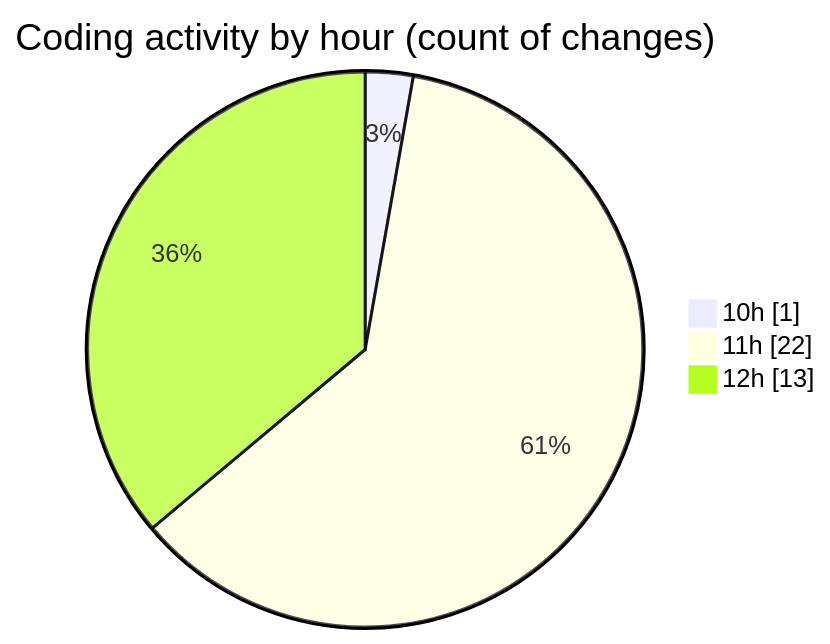
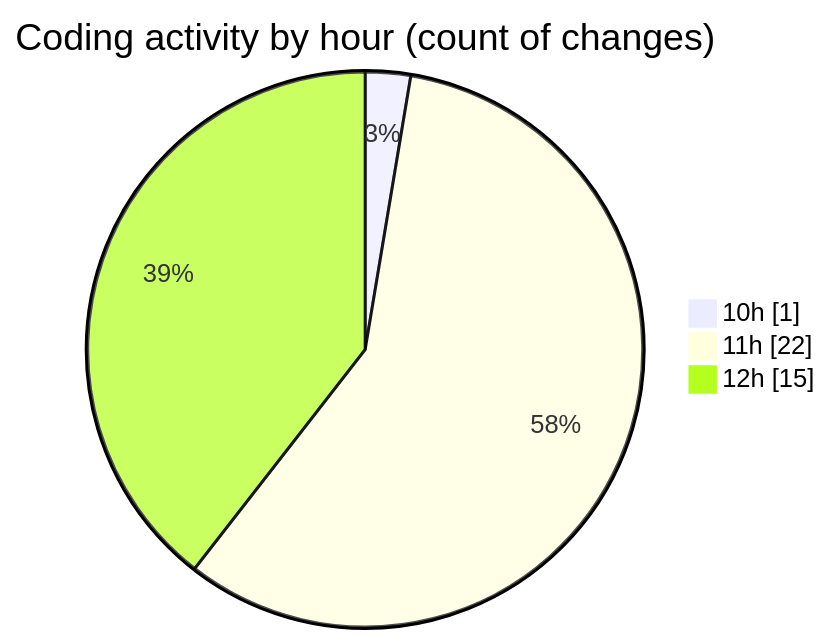
The second of 2 diagrams in 2026-03-30/nxtqube_webapp/README.md (nxtqubesakshisongat/code-tracking), drawn with Mermaid before and after one commit. The commit also changed other lines of this file and 1 other file, not shown here.

````diff
--- a/2026-03-30/nxtqube_webapp/README.md
+++ b/2026-03-30/nxtqube_webapp/README.md
@@ -30,7 +30,7 @@
 ```mermaid
 pie showData
 title Coding activity by hour (count of changes)
 "10h" : 1
 "11h" : 22
-"12h" : 13
+"12h" : 15
 ```
````
